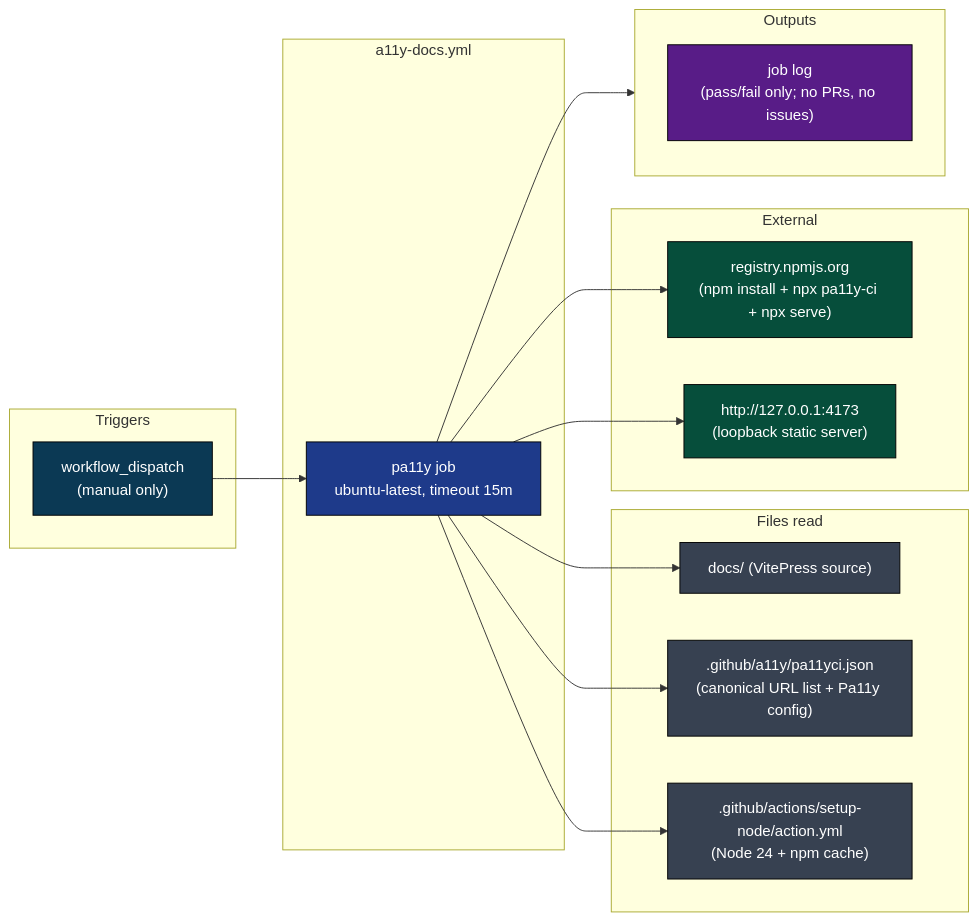
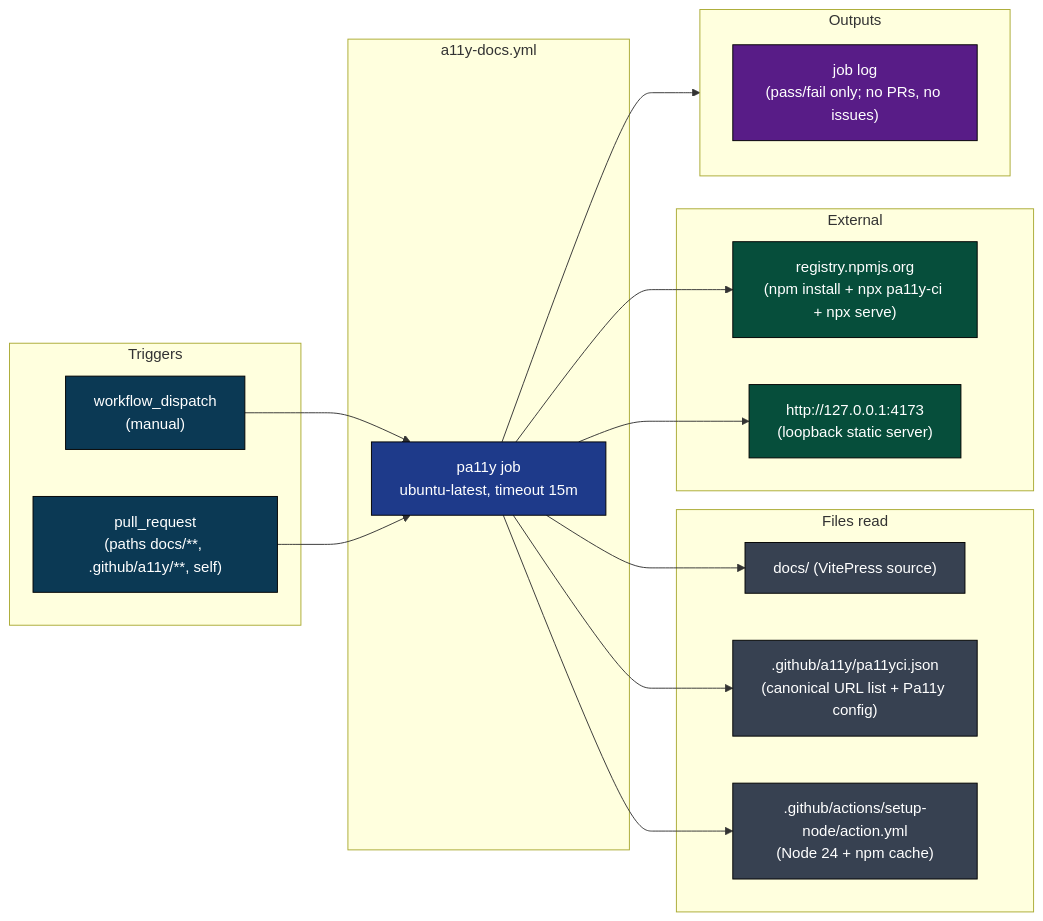
One commit to llm-exe/llm-exe changed the first of 10 diagrams in .github/docs/A11Y_DOCS_DEEP_DIVE.md. Above: the diagram before and after it, drawn with Mermaid. The commit also changed other lines of this file and 3 other files, not shown here.

Commit message:
docs: sync a11y-docs deep dive after pull_request trigger change

````diff
--- a/.github/docs/A11Y_DOCS_DEEP_DIVE.md
+++ b/.github/docs/A11Y_DOCS_DEEP_DIVE.md
@@ -26,39 +26,41 @@
 ```mermaid
 flowchart LR
     classDef trig fill:#0b3954,color:#fff,stroke:#000
     classDef job fill:#1e3a8a,color:#fff,stroke:#000
     classDef ext fill:#064e3b,color:#fff,stroke:#000
     classDef file fill:#374151,color:#fff,stroke:#000
     classDef out fill:#581c87,color:#fff,stroke:#000
 
     subgraph T["Triggers"]
-        d1["workflow_dispatch\n(manual only)"]:::trig
+        d1["workflow_dispatch\n(manual)"]:::trig
+        d2["pull_request\n(paths docs/**, .github/a11y/**, self)"]:::trig
     end
 
     subgraph A["a11y-docs.yml"]
         J["pa11y job\nubuntu-latest, timeout 15m"]:::job
     end
 
     subgraph F["Files read"]
         cfg["docs/ (VitePress source)"]:::file
         urls[".github/a11y/pa11yci.json\n(canonical URL list + Pa11y config)"]:::file
         cmp[".github/actions/setup-node/action.yml\n(Node 24 + npm cache)"]:::file
     end
 
     subgraph X["External"]
         npm["registry.npmjs.org\n(npm install + npx pa11y-ci + npx serve)"]:::ext
         loop["http://127.0.0.1:4173\n(loopback static server)"]:::ext
     end
 
     subgraph O["Outputs"]
         log["job log\n(pass/fail only; no PRs, no issues)"]:::out
     end
 
     d1 --> J
+    d2 --> J
     J --> cmp
     J --> cfg
     J --> urls
     J --> npm
     J --> loop
     J --> O
 ```
````
